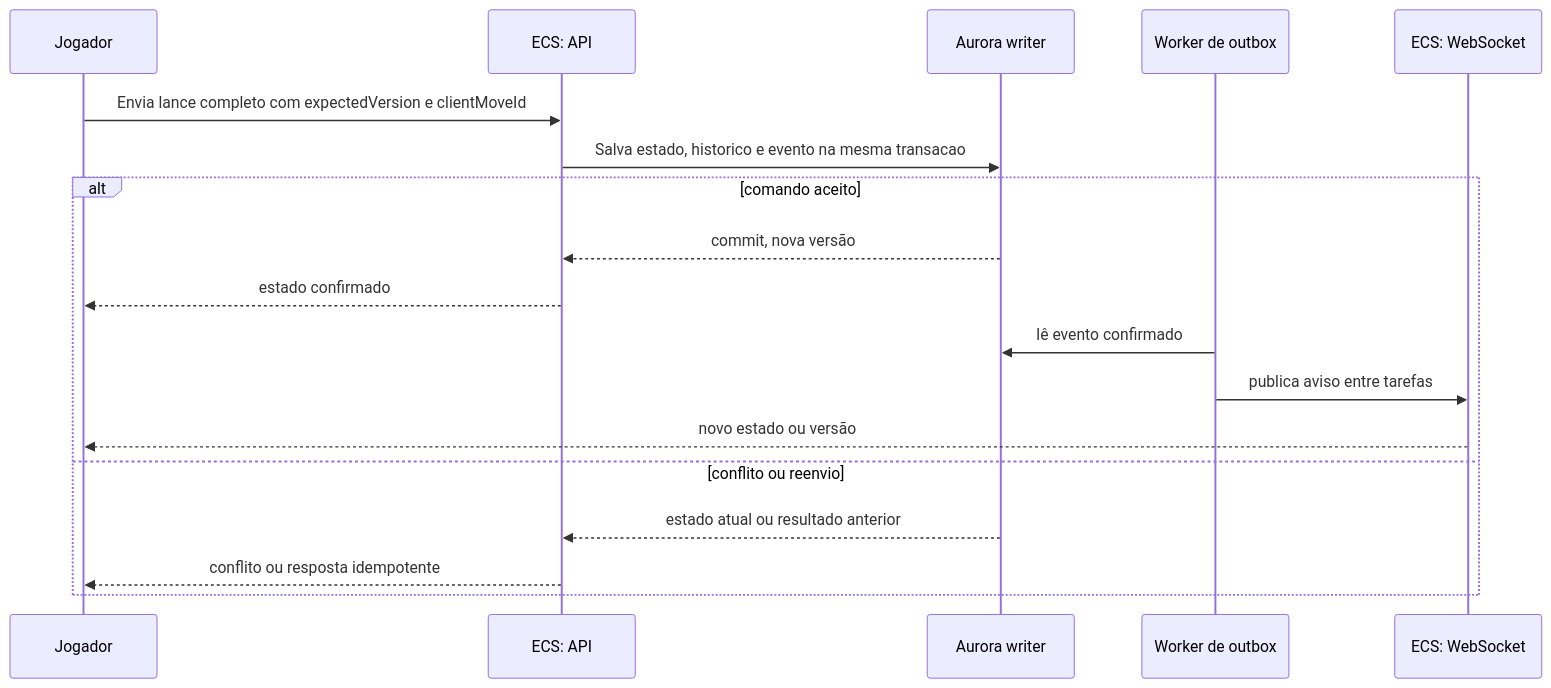
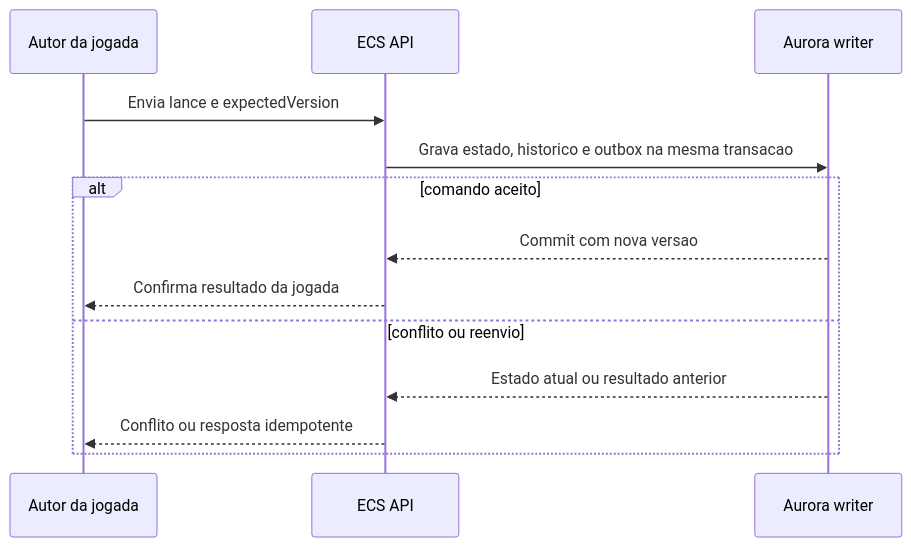
Before and after one commit to ralvesper/checkers-aws: the second of 4 diagrams in docs/diagrams/aws-deployment-global.md, drawn with Mermaid. The commit also changed other lines of this file, not shown here.

Commit message:
docs: separar confirmação da jogada e aviso ao adversário

````diff
--- a/docs/diagrams/aws-deployment-global.md
+++ b/docs/diagrams/aws-deployment-global.md
@@ -68,20 +70,15 @@
 ```mermaid
 sequenceDiagram
-    participant P as Jogador
-    participant API as ECS: API
+    participant A as Autor da jogada
+    participant API as ECS API
     participant DB as Aurora writer
-    participant O as Worker de outbox
-    participant W as ECS: WebSocket
-    P->>API: Envia lance completo com expectedVersion e clientMoveId
-    API->>DB: Salva estado, historico e evento na mesma transacao
+    A->>API: Envia lance e expectedVersion
+    API->>DB: Grava estado, historico e outbox na mesma transacao
     alt comando aceito
-        DB-->>API: commit, nova versão
-        API-->>P: estado confirmado
-        O->>DB: lê evento confirmado
-        O->>W: publica aviso entre tarefas
-        W-->>P: novo estado ou versão
+        DB-->>API: Commit com nova versao
+        API-->>A: Confirma resultado da jogada
     else conflito ou reenvio
-        DB-->>API: estado atual ou resultado anterior
-        API-->>P: conflito ou resposta idempotente
+        DB-->>API: Estado atual ou resultado anterior
+        API-->>A: Conflito ou resposta idempotente
     end
 ```
````
